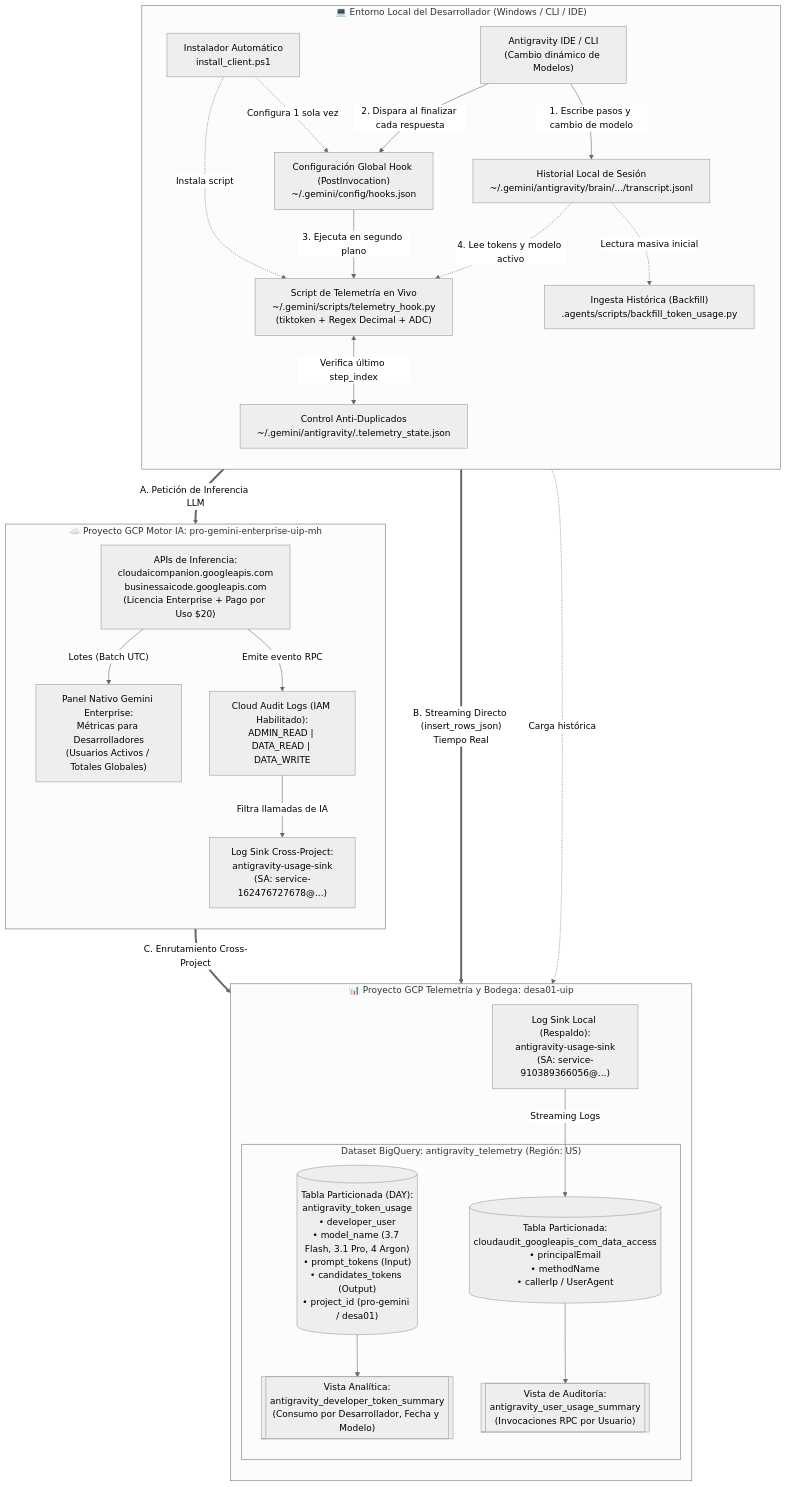
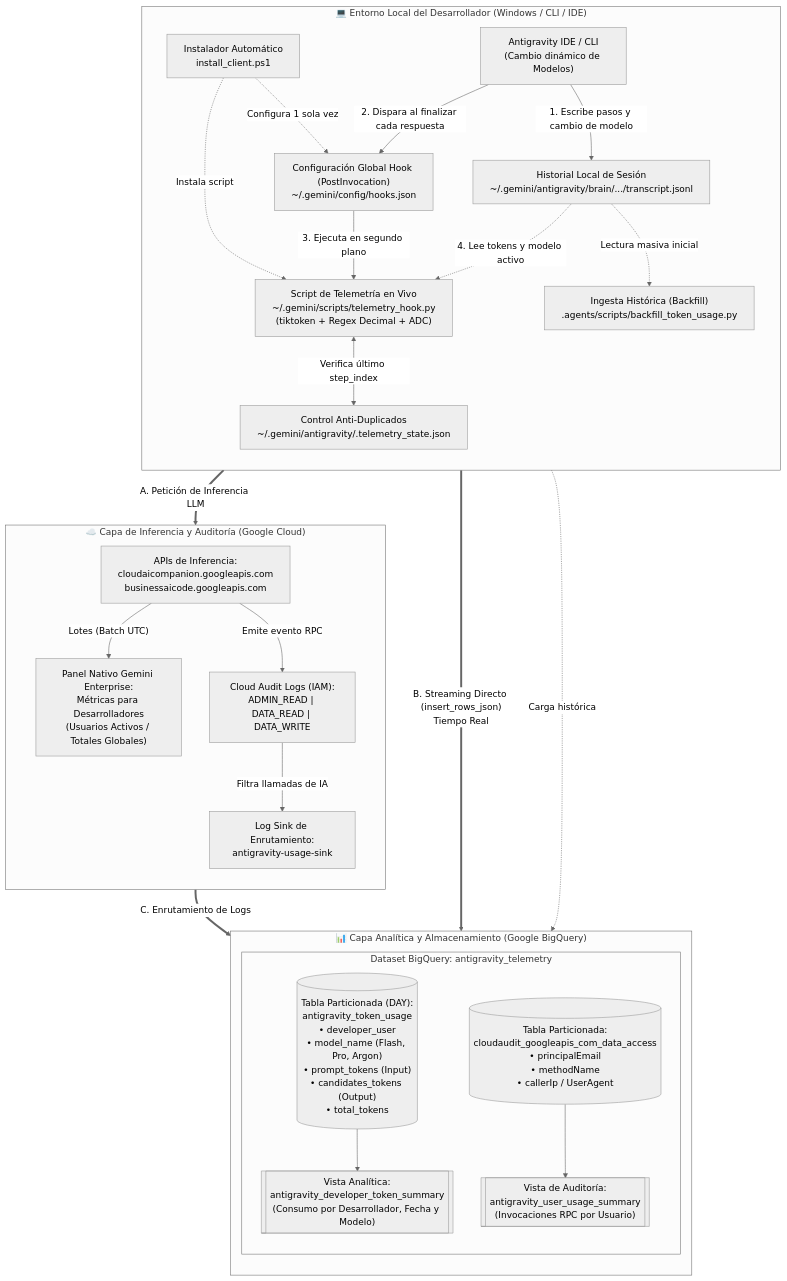
Before and after one commit to IrahetaBuendia/Antigravity_Telemetry: the diagram in README.md, drawn with Mermaid (neutral theme). The commit also changed other lines of this file, not shown here.

Commit message:
docs: actualizar diagrama de arquitectura sin nombres de proyectos especificos

````diff
--- a/README.md
+++ b/README.md
@@ -11,55 +11,52 @@
 ```mermaid
 flowchart TB
     subgraph DevMachine["💻 Entorno Local del Desarrollador (Windows / CLI / IDE)"]
         direction TB
         Installer["Instalador Automático<br/>install_client.ps1"]
         IDE["Antigravity IDE / CLI<br/>(Cambio dinámico de Modelos)"]
         Transcript["Historial Local de Sesión<br/>~/.gemini/antigravity/brain/.../transcript.jsonl"]
         GlobalHook["Configuración Global Hook (PostInvocation)<br/>~/.gemini/config/hooks.json"]
         PyHook["Script de Telemetría en Vivo<br/>~/.gemini/scripts/telemetry_hook.py<br/>(tiktoken + Regex Decimal + ADC)"]
         StateFile["Control Anti-Duplicados<br/>~/.gemini/antigravity/.telemetry_state.json"]
         Backfill["Ingesta Histórica (Backfill)<br/>.agents/scripts/backfill_token_usage.py"]
 
         Installer -.->|"Configura 1 sola vez"| GlobalHook
         Installer -.->|"Instala script"| PyHook
         IDE -->|"1. Escribe pasos y cambio de modelo"| Transcript
         IDE -->|"2. Dispara al finalizar cada respuesta"| GlobalHook
         GlobalHook -->|"3. Ejecuta en segundo plano"| PyHook
         Transcript -.->|"4. Lee tokens y modelo activo"| PyHook
         PyHook <-->|"Verifica último step_index"| StateFile
         Transcript -.->|"Lectura masiva inicial"| Backfill
     end
 
-    subgraph GCP_AI["☁️ Proyecto GCP Motor IA: pro-gemini-enterprise-uip-mh"]
+    subgraph GCP_AI["☁️ Capa de Inferencia y Auditoría (Google Cloud)"]
         direction TB
-        API["APIs de Inferencia:<br/>cloudaicompanion.googleapis.com<br/>businessaicode.googleapis.com<br/>(Licencia Enterprise + Pago por Uso $20)"]
+        API["APIs de Inferencia:<br/>cloudaicompanion.googleapis.com<br/>businessaicode.googleapis.com"]
         NativeMetrics["Panel Nativo Gemini Enterprise:<br/>Métricas para Desarrolladores<br/>(Usuarios Activos / Totales Globales)"]
-        AuditLogs["Cloud Audit Logs (IAM Habilitado):<br/>ADMIN_READ | DATA_READ | DATA_WRITE"]
-        SinkAI["Log Sink Cross-Project:<br/>antigravity-usage-sink<br/>(SA: service-162476727678@...)"]
+        AuditLogs["Cloud Audit Logs (IAM):<br/>ADMIN_READ | DATA_READ | DATA_WRITE"]
+        SinkAI["Log Sink de Enrutamiento:<br/>antigravity-usage-sink"]
 
         API -->|"Lotes (Batch UTC)"| NativeMetrics
         API -->|"Emite evento RPC"| AuditLogs
         AuditLogs -->|"Filtra llamadas de IA"| SinkAI
     end
 
-    subgraph GCP_BQ["📊 Proyecto GCP Telemetría y Bodega: desa01-uip"]
+    subgraph GCP_BQ["📊 Capa Analítica y Almacenamiento (Google BigQuery)"]
         direction TB
-        SinkDesa["Log Sink Local (Respaldo):<br/>antigravity-usage-sink<br/>(SA: service-910389366056@...)"]
-        
-        subgraph Dataset["Dataset BigQuery: antigravity_telemetry (Región: US)"]
-            TableTokens[("Tabla Particionada (DAY):<br/>antigravity_token_usage<br/>• developer_user<br/>• model_name (3.7 Flash, 3.1 Pro, 4 Argon)<br/>• prompt_tokens (Input)<br/>• candidates_tokens (Output)<br/>• project_id (pro-gemini / desa01)")]
+        subgraph Dataset["Dataset BigQuery: antigravity_telemetry"]
+            TableTokens[("Tabla Particionada (DAY):<br/>antigravity_token_usage<br/>• developer_user<br/>• model_name (Flash, Pro, Argon)<br/>• prompt_tokens (Input)<br/>• candidates_tokens (Output)<br/>• total_tokens")]
             TableAudit[("Tabla Particionada:<br/>cloudaudit_googleapis_com_data_access<br/>• principalEmail<br/>• methodName<br/>• callerIp / UserAgent")]
             ViewTokens[["Vista Analítica:<br/>antigravity_developer_token_summary<br/>(Consumo por Desarrollador, Fecha y Modelo)"]]
             ViewAudit[["Vista de Auditoría:<br/>antigravity_user_usage_summary<br/>(Invocaciones RPC por Usuario)"]]
         end
 
-        SinkDesa -->|"Streaming Logs"| TableAudit
         TableTokens --> ViewTokens
         TableAudit --> ViewAudit
     end
 
     IDE ==>|"A. Petición de Inferencia LLM"| API
     PyHook ==>|"B. Streaming Directo (insert_rows_json)<br/>Tiempo Real"| TableTokens
     Backfill -.->|"Carga histórica"| TableTokens
-    SinkAI ==>|"C. Enrutamiento Cross-Project"| TableAudit
+    SinkAI ==>|"C. Enrutamiento de Logs"| TableAudit
 ```
````
